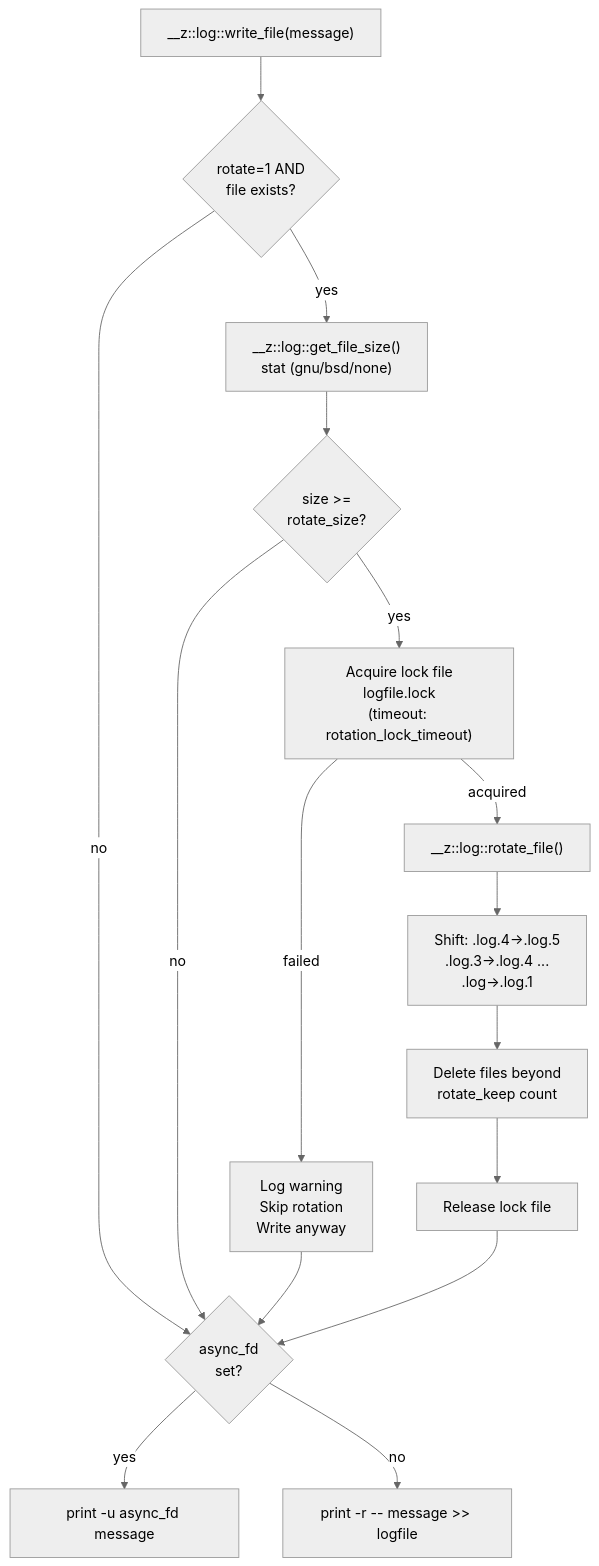
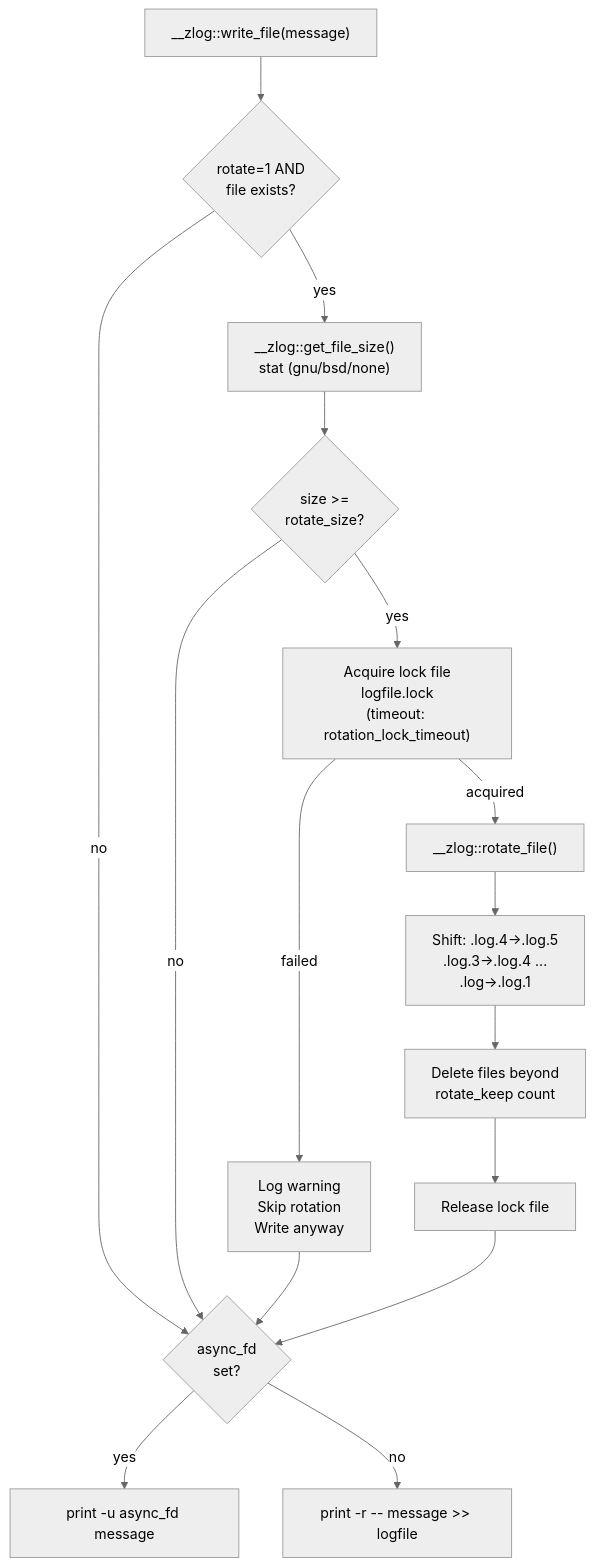
One commit to Khodaparastan/zsh-log changed the tenth of 20 diagrams in docs/architecture.md. Above: the diagram before and after it, drawn with Mermaid (neutral theme). The commit also changed other lines of this file and 14 other files, not shown here.

First line of the commit message:
update function prefixes from z::log:: to zlog:: in documentation and examples

````diff
--- a/docs/architecture.md
+++ b/docs/architecture.md
@@ -545,32 +545,32 @@
 ```mermaid
 flowchart TD
-    Write["__z::log::write_file(message)"]
+    Write["__zlog::write_file(message)"]
 
     RotateCheck{"rotate=1 AND\nfile exists?"}
-    SizeCheck["__z::log::get_file_size()\nstat (gnu/bsd/none)"]
+    SizeCheck["__zlog::get_file_size()\nstat (gnu/bsd/none)"]
     SizeOver{"size >=\nrotate_size?"}
 
     Lock["Acquire lock file\nlogfile.lock\n(timeout: rotation_lock_timeout)"]
     LockFail["Log warning\nSkip rotation\nWrite anyway"]
 
-    Rotate["__z::log::rotate_file()"]
+    Rotate["__zlog::rotate_file()"]
     Shift["Shift: .log.4→.log.5\n.log.3→.log.4 ...\n.log→.log.1"]
     Prune["Delete files beyond\nrotate_keep count"]
     Unlock["Release lock file"]
 
     Append["print -r -- message >> logfile"]
     AsyncCheck{"async_fd\nset?"}
     AsyncWrite["print -u async_fd message"]
 
     Write --> RotateCheck
     RotateCheck -->|no| AsyncCheck
     RotateCheck -->|yes| SizeCheck
     SizeCheck --> SizeOver
     SizeOver -->|no| AsyncCheck
     SizeOver -->|yes| Lock
     Lock -->|failed| LockFail --> AsyncCheck
     Lock -->|acquired| Rotate
     Rotate --> Shift --> Prune --> Unlock --> AsyncCheck
     AsyncCheck -->|yes| AsyncWrite
     AsyncCheck -->|no| Append
 ```
````
